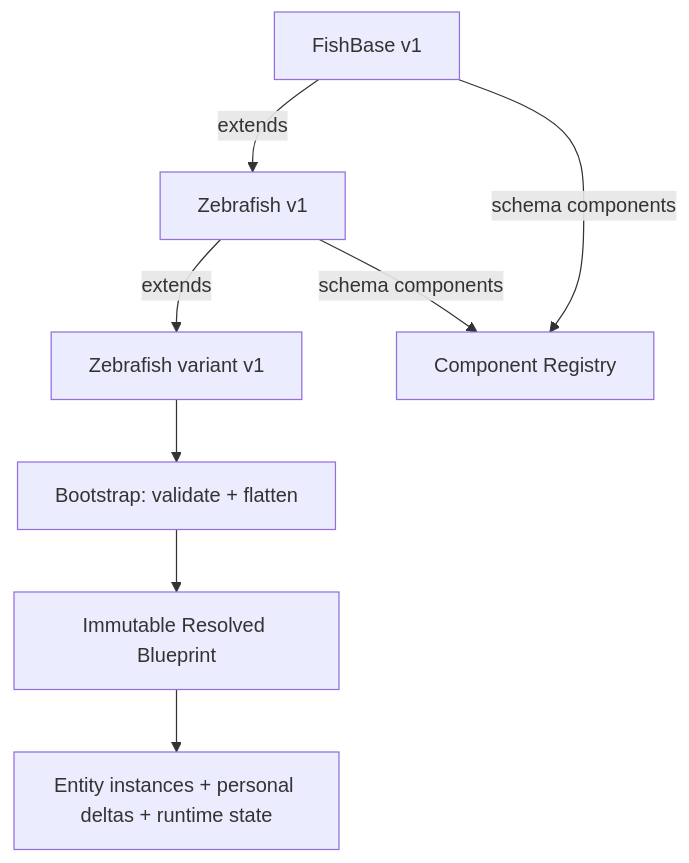
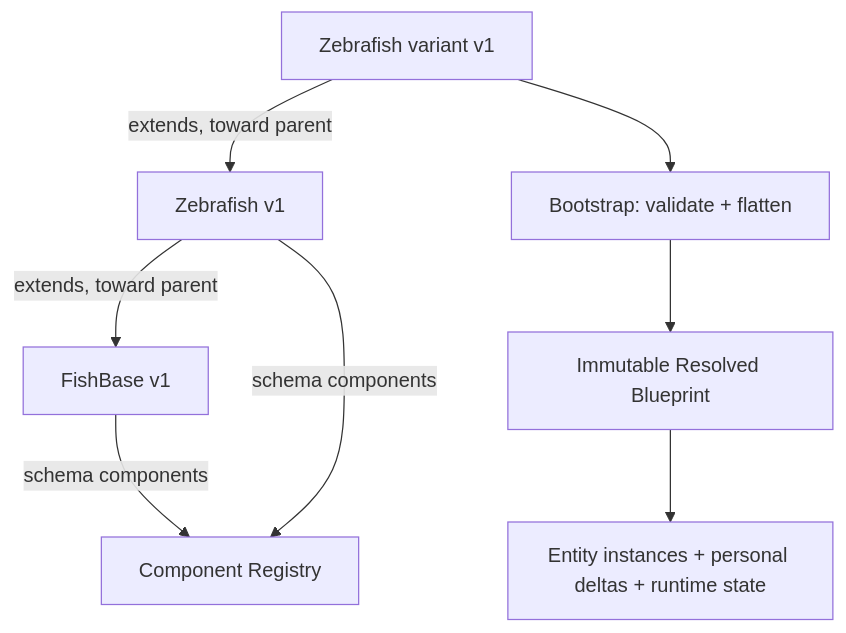
Before and after one commit to DorManDel/ASCean: the second of 2 diagrams in docs/FOUNDATIONS_REFINEMENT.md, drawn with Mermaid.

Commit message:
docs: clarify UML inheritance arrows and deterministic storage demo

````diff
--- a/docs/FOUNDATIONS_REFINEMENT.md
+++ b/docs/FOUNDATIONS_REFINEMENT.md
@@ -68,10 +68,10 @@
 ```mermaid
 flowchart TD
-  F[FishBase v1] -->|extends| Z[Zebrafish v1]
-  Z -->|extends| V[Zebrafish variant v1]
+  Z[Zebrafish v1] -->|extends, toward parent| F[FishBase v1]
+  V[Zebrafish variant v1] -->|extends, toward parent| Z
   F -->|schema components| C[Component Registry]
   Z -->|schema components| C
   V --> R[Bootstrap: validate + flatten]
   R --> B[Immutable Resolved Blueprint]
   B --> E[Entity instances + personal deltas + runtime state]
 ```
````
